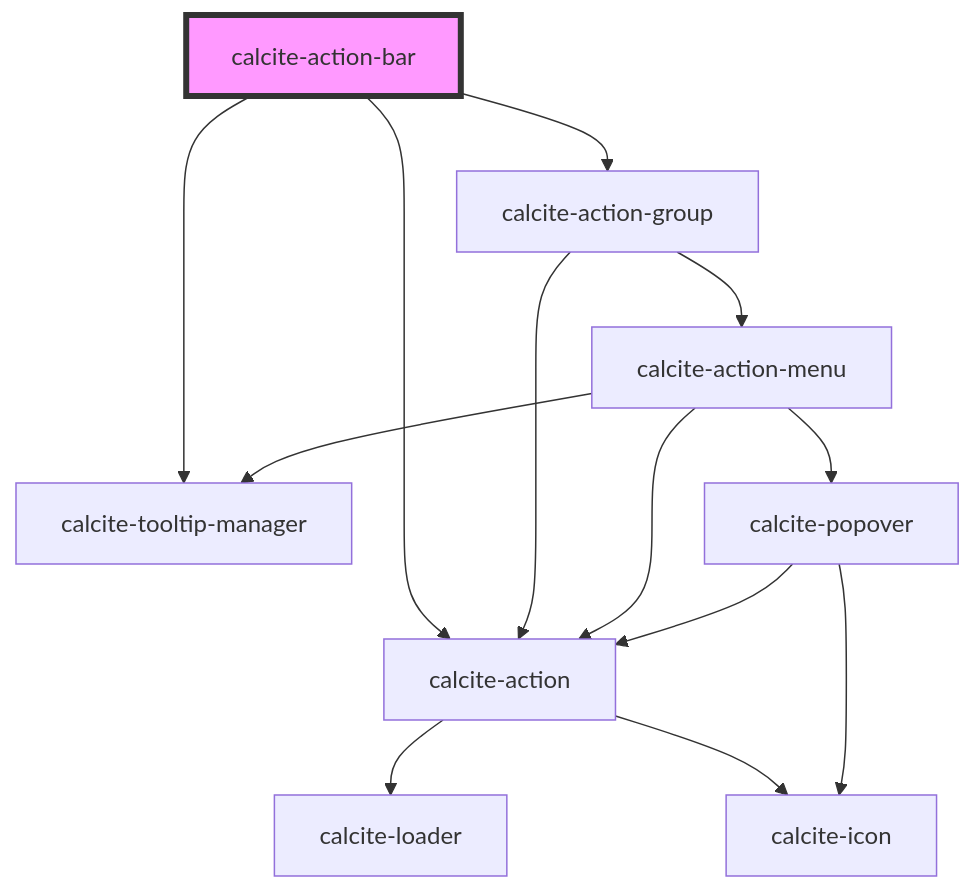
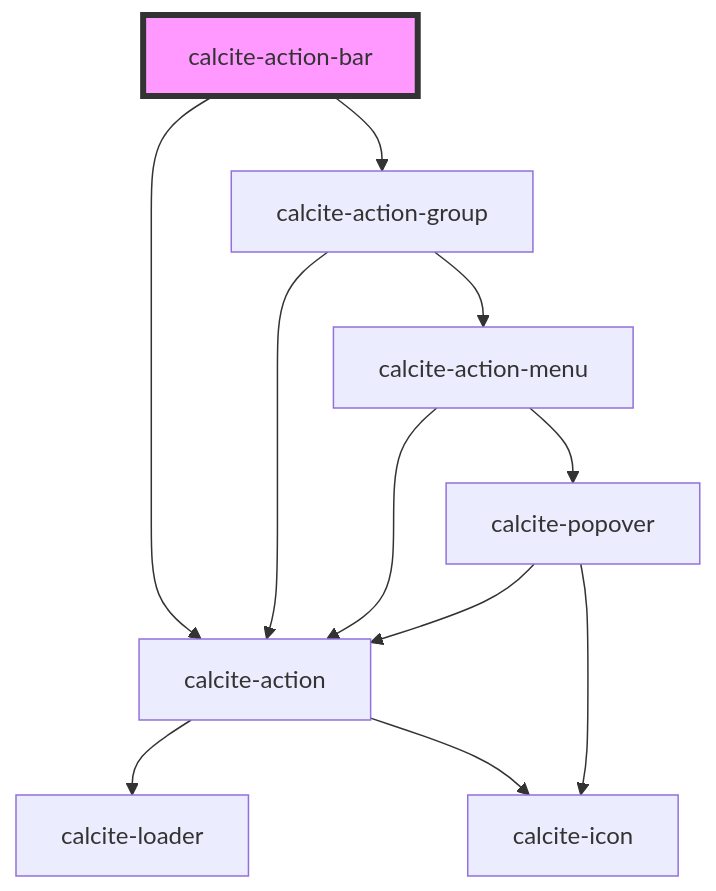
One commit to vikivakarvc/calcite-design-system changed the diagram in src/components/action-bar/readme.md. Above: the diagram before and after it, drawn with Mermaid. The commit also changed other lines of this file and 9 other files, not shown here.

````diff
--- a/src/components/action-bar/readme.md
+++ b/src/components/action-bar/readme.md
@@ -108,16 +107,14 @@
 ```mermaid
 graph TD;
   calcite-action-bar --> calcite-action-group
   calcite-action-bar --> calcite-action
-  calcite-action-bar --> calcite-tooltip-manager
   calcite-action-group --> calcite-action-menu
   calcite-action-group --> calcite-action
   calcite-action-menu --> calcite-action
-  calcite-action-menu --> calcite-tooltip-manager
   calcite-action-menu --> calcite-popover
   calcite-action --> calcite-loader
   calcite-action --> calcite-icon
   calcite-popover --> calcite-action
   calcite-popover --> calcite-icon
   style calcite-action-bar fill:#f9f,stroke:#333,stroke-width:4px
 ```
````
